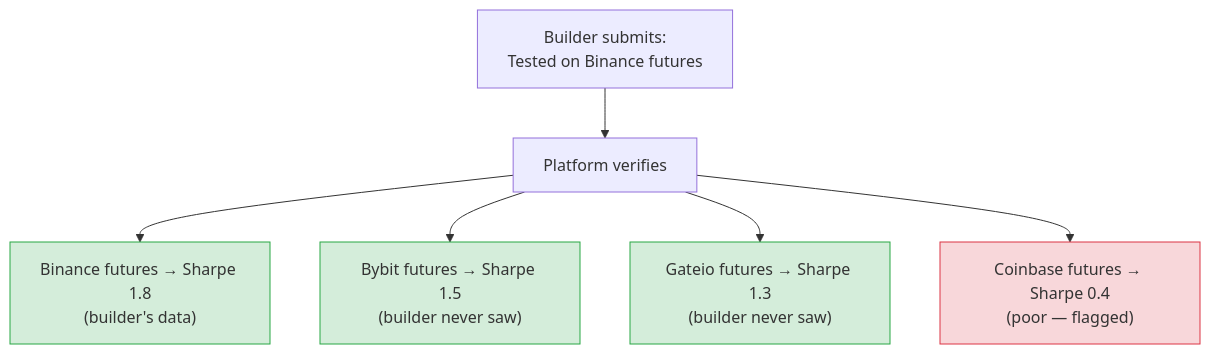
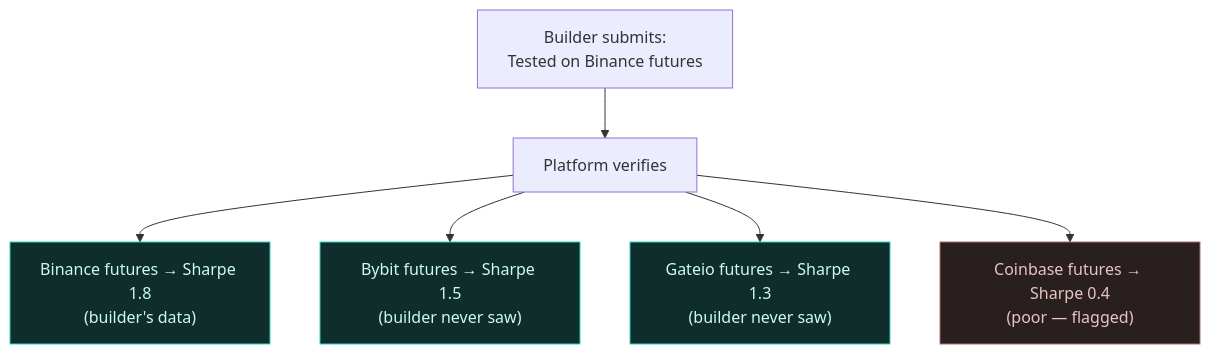
The second of 2 diagrams in getting-started/why-clypt.mdx (Clypt/docs), drawn with Mermaid before and after one commit. The commit also changed other lines of this file and 12 other files, not shown here.

````diff
--- a/getting-started/why-clypt.mdx
+++ b/getting-started/why-clypt.mdx
@@ -114,12 +120,12 @@
 ```mermaid
 flowchart TB
     A["Builder submits:<br>Tested on Binance futures"] --> V["Platform verifies"]
     V --> B["Binance futures → Sharpe 1.8<br>(builder's data)"]
     V --> C["Bybit futures → Sharpe 1.5<br>(builder never saw)"]
     V --> D["Gateio futures → Sharpe 1.3<br>(builder never saw)"]
     V --> E["Coinbase futures → Sharpe 0.4<br>(poor — flagged)"]
-    style B fill:#d4edda,stroke:#28a745
-    style C fill:#d4edda,stroke:#28a745
-    style D fill:#d4edda,stroke:#28a745
-    style E fill:#f8d7da,stroke:#dc3545
+    style B fill:#0f2d2b,stroke:#2dd4bf,color:#ccfbf1
+    style C fill:#0f2d2b,stroke:#2dd4bf,color:#ccfbf1
+    style D fill:#0f2d2b,stroke:#2dd4bf,color:#ccfbf1
+    style E fill:#2a1f1f,stroke:#a87171,color:#e8c4c4
 ```
````
